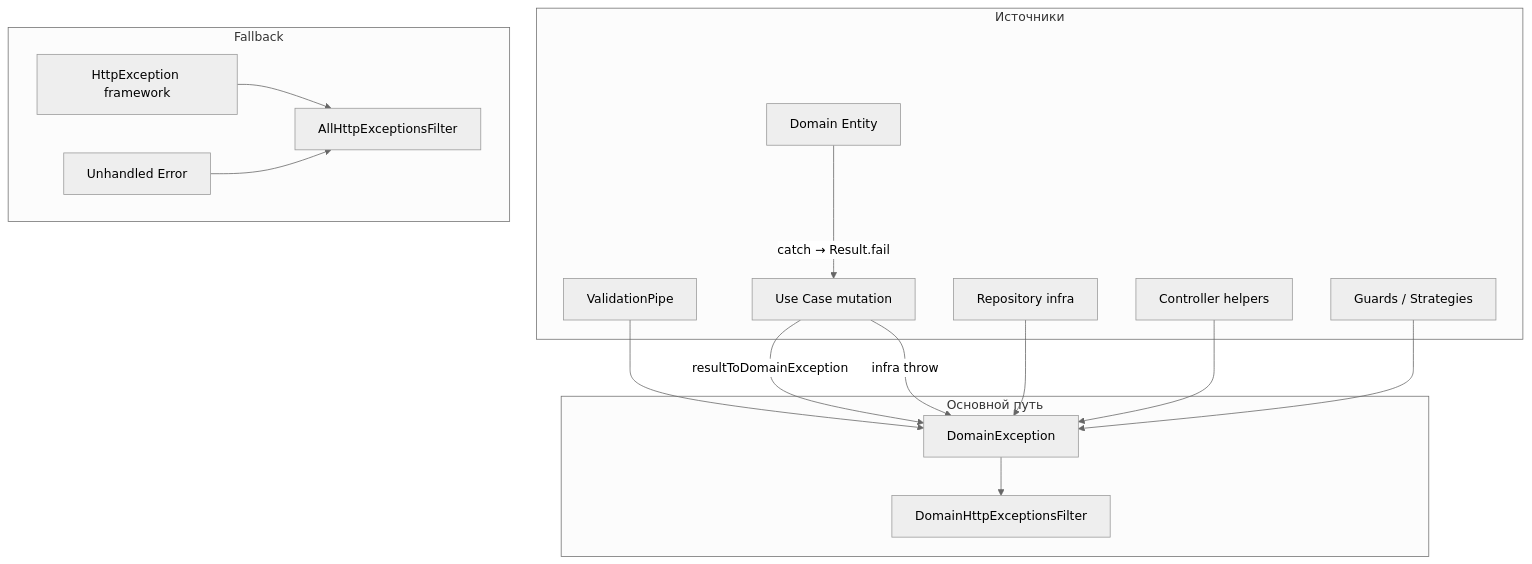
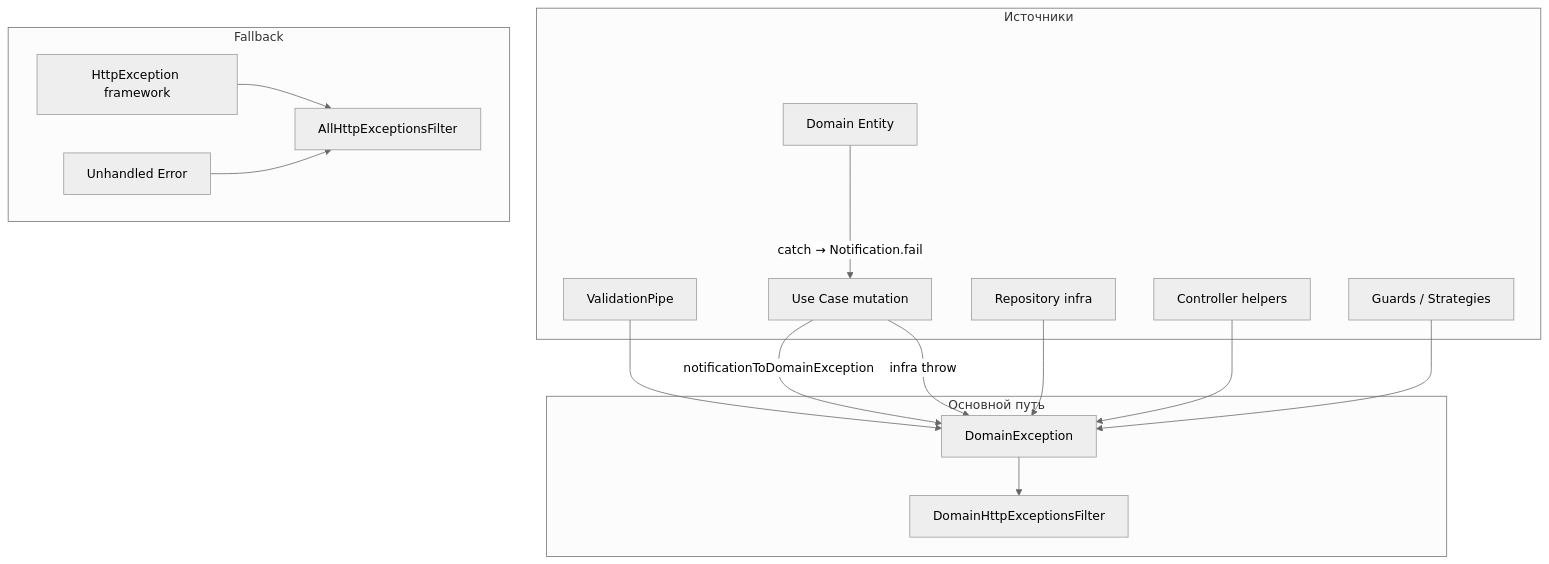
The diagram in README.md (Alexey4717/nest-incubator), drawn with Mermaid (neutral theme) before and after one commit. The commit also changed other lines of this file and 118 other files, not shown here.

Commit message:
refactor: replace Result object with Notification class for errors handling and success responses across the application

````diff
--- a/README.md
+++ b/README.md
@@ -377,34 +377,34 @@
 ```mermaid
 flowchart TD
   subgraph sources [Источники]
     VP[ValidationPipe]
     Entity[Domain Entity]
     Repo[Repository infra]
     UC[Use Case mutation]
     Ctrl[Controller helpers]
     Guard[Guards / Strategies]
   end
 
   subgraph primary [Основной путь]
     DE[DomainException]
     DFilter[DomainHttpExceptionsFilter]
   end
 
   subgraph fallback [Fallback]
     HE[HttpException framework]
     AFilter[AllHttpExceptionsFilter]
     Err[Unhandled Error]
   end
 
   VP --> DE
-  Entity -->|"catch → Result.fail"| UC
-  UC -->|"resultToDomainException"| DE
+  Entity -->|"catch → Notification.fail"| UC
+  UC -->|"notificationToDomainException"| DE
   UC -->|"infra throw"| DE
   Repo --> DE
   Ctrl --> DE
   Guard --> DE
   DE --> DFilter
 
   HE --> AFilter
   Err --> AFilter
 ```
````
